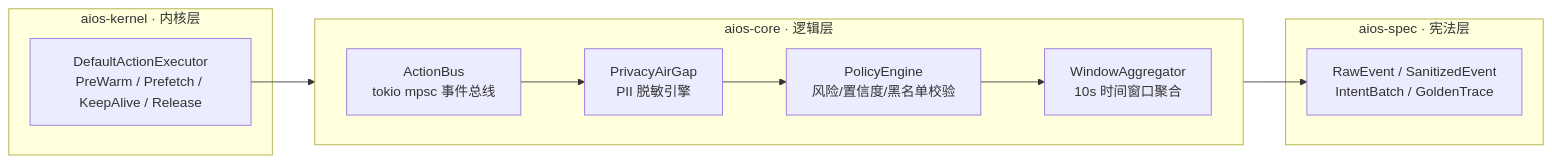
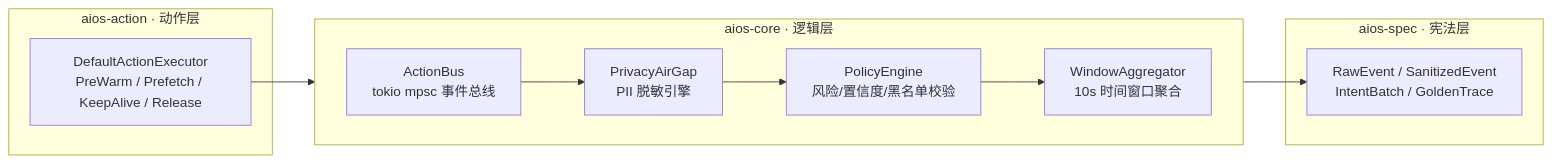
The fifth of 12 diagrams in docs/slides/midterm/slides.md (114August514/DiPECS), drawn with Mermaid before and after one commit. The commit also changed other lines of this file and 22 other files, not shown here.

````diff
--- a/docs/slides/midterm/slides.md
+++ b/docs/slides/midterm/slides.md
@@ -509,24 +518,24 @@
 ```mermaid {scale: 0.44}
 graph LR
-    subgraph L3["aios-kernel · 内核层"]
+    subgraph L3["aios-action · 动作层"]
         Exec["DefaultActionExecutor<br/>PreWarm / Prefetch / KeepAlive / Release"]
     end
 
     subgraph L2["aios-core · 逻辑层"]
         direction LR
         Bus["ActionBus<br/>tokio mpsc 事件总线"]
         Privacy["PrivacyAirGap<br/>PII 脱敏引擎"]
         Policy["PolicyEngine<br/>风险/置信度/黑名单校验"]
         Window["WindowAggregator<br/>10s 时间窗口聚合"]
     end
 
     subgraph L1["aios-spec · 宪法层"]
         Types["RawEvent / SanitizedEvent<br/>IntentBatch / GoldenTrace"]
     end
 
     Exec --> Bus
     Bus --> Privacy
     Privacy --> Policy
     Policy --> Window
     Window --> Types
 ```
````
